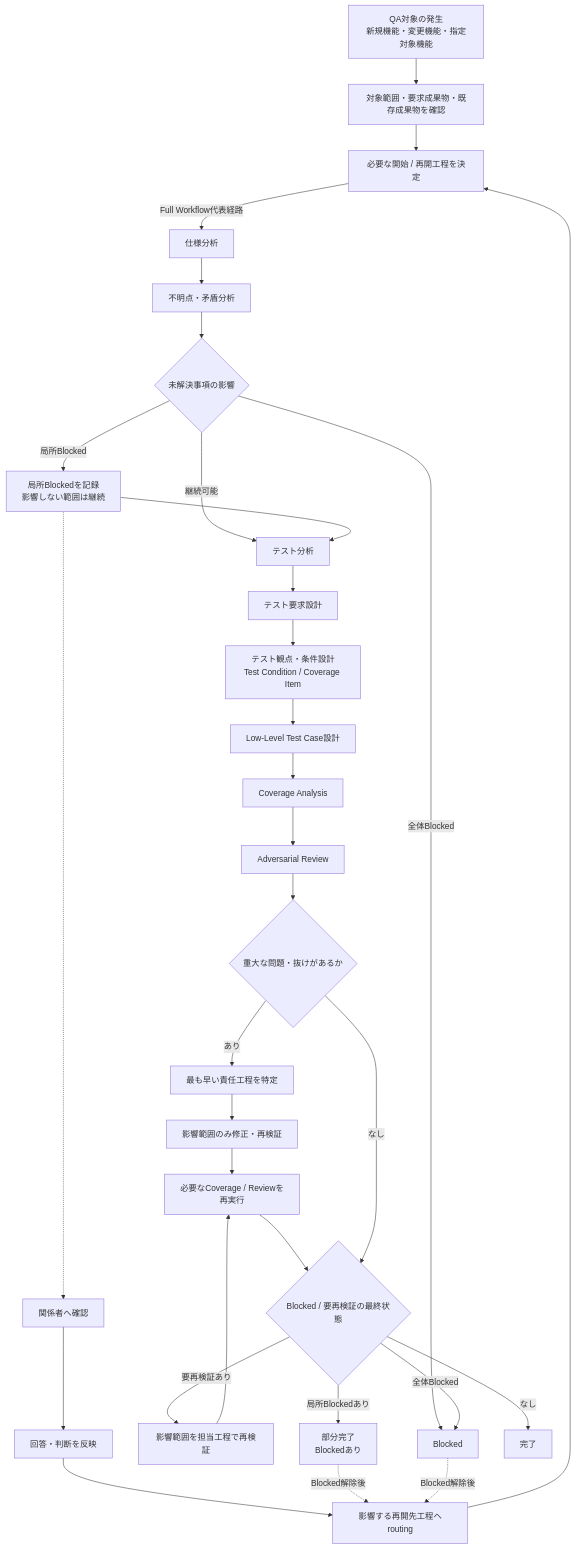
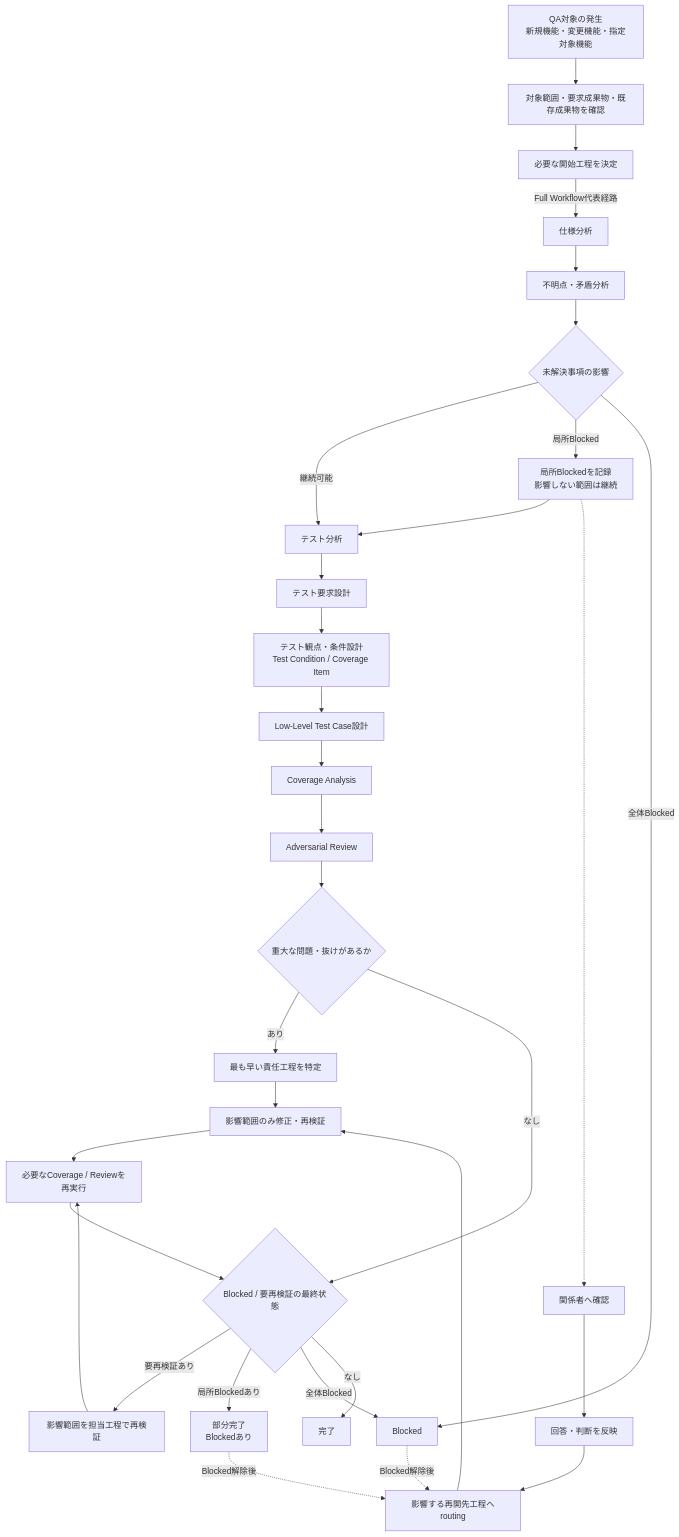
One commit to ryu-yoshikawa-pro-vision/qa-workflow-skills changed the diagram in README.md. Above: the diagram before and after it, drawn with Mermaid. The commit also changed other lines of this file, not shown here.

````diff
--- a/README.md
+++ b/README.md
@@ -40,65 +40,65 @@
 ```mermaid
 flowchart TD
     A[QA対象の発生<br/>新規機能・変更機能・指定対象機能]
     B[対象範囲・要求成果物・既存成果物を確認]
-    C[必要な開始 / 再開工程を決定]
+    C[必要な開始工程を決定]
     D[仕様分析]
     E[不明点・矛盾分析]
     F{未解決事項の影響}
     G[局所Blockedを記録<br/>影響しない範囲は継続]
     H[関係者へ確認]
     I[回答・判断を反映]
     J[影響する再開先工程へrouting]
     K[テスト分析]
     L[テスト要求設計]
     M[テスト観点・条件設計<br/>Test Condition / Coverage Item]
     N[Low-Level Test Case設計]
     O[Coverage Analysis]
     P[Adversarial Review]
     Q{重大な問題・抜けがあるか}
     R[最も早い責任工程を特定]
     S[影響範囲のみ修正・再検証]
     T{Blocked / 要再検証の最終状態}
     U[影響範囲を担当工程で再検証]
     V[必要なCoverage / Reviewを再実行]
     W[部分完了<br/>Blockedあり]
     X[Blocked]
     Y[完了]
 
     A --> B
     B --> C
     C -->|Full Workflow代表経路| D
     D --> E
     E --> F
 
     F -->|継続可能| K
     F -->|局所Blocked| G
     G --> K
     G -.-> H
     H --> I
     I --> J
-    J --> C
+    J --> S
     F -->|全体Blocked| X
 
     K --> L
     L --> M
     M --> N
     N --> O
     O --> P
 
     P --> Q
     Q -->|あり| R
     R --> S
     S --> V
     V --> T
 
     Q -->|なし| T
     T -->|要再検証あり| U
     U --> V
     T -->|局所Blockedあり| W
     T -->|全体Blocked| X
     T -->|なし| Y
 
     W -.->|Blocked解除後| J
     X -.->|Blocked解除後| J
 ```
````
